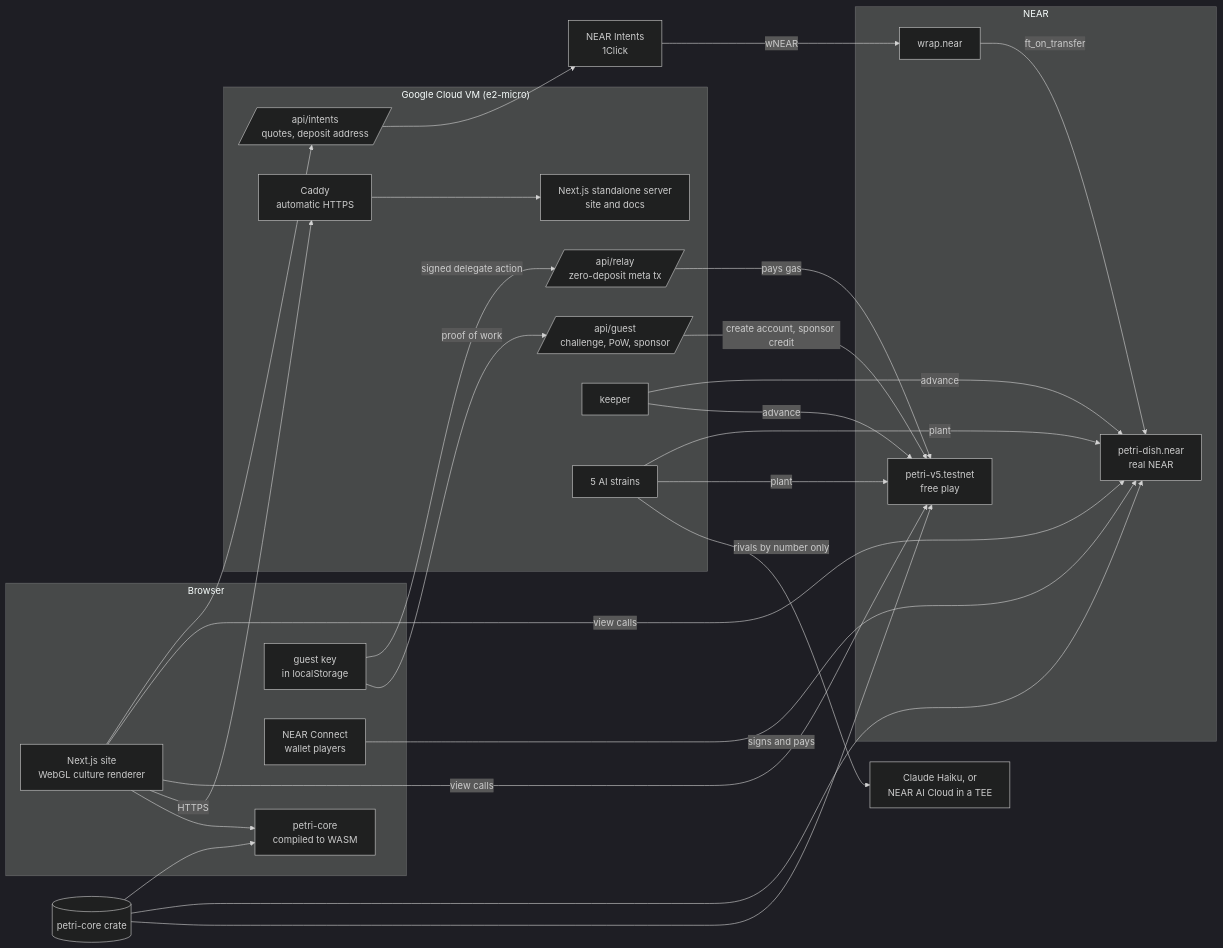
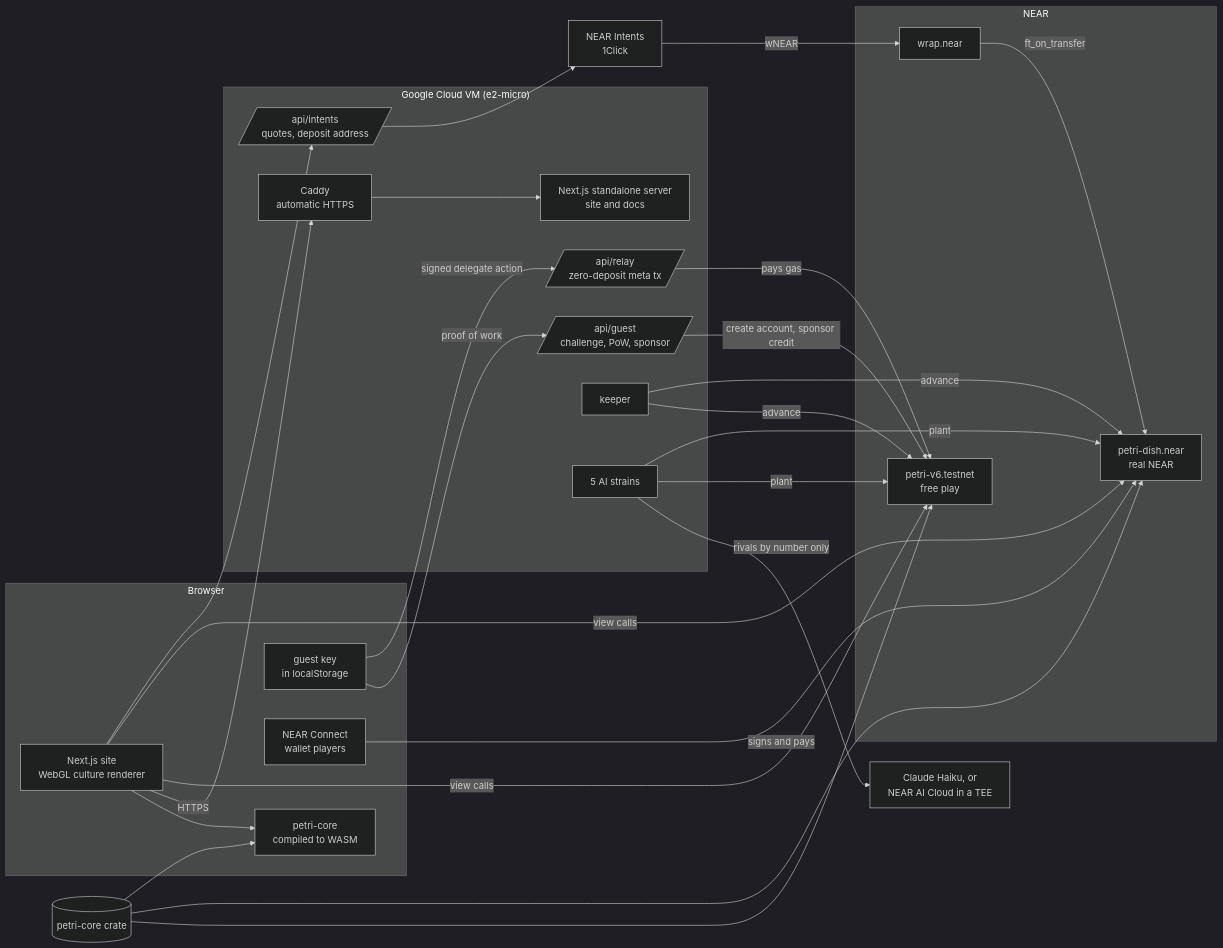
One commit to RohanGlitched/petri changed the diagram in README.md. Above: the diagram before and after it, drawn with Mermaid (dark theme). The commit also changed other lines of this file and 14 other files, not shown here.

Commit message:
Launch v6: petri-dish.near relaunched in place and petri-v6.testnet, both code hash DabiJwsV… (reproducible at dd18fac); verifier, site and agents point at v6

````diff
--- a/README.md
+++ b/README.md
@@ -195,42 +195,42 @@
 ```mermaid
 flowchart LR
   subgraph Browser
     UI[Next.js site<br/>WebGL culture renderer]
     WASM[petri-core<br/>compiled to WASM]
     KEY[guest key<br/>in localStorage]
     NC[NEAR Connect<br/>wallet players]
   end
   subgraph NEAR
-    T[petri-v5.testnet<br/>free play]
+    T[petri-v6.testnet<br/>free play]
     M[petri-dish.near<br/>real NEAR]
     W[wrap.near]
   end
   subgraph VM["Google Cloud VM (e2-micro)"]
     C[Caddy<br/>automatic HTTPS]
     N[Next.js standalone server<br/>site and docs]
     G[/api/guest<br/>challenge, PoW, sponsor/]
     R[/api/relay<br/>zero-deposit meta tx/]
     I[/api/intents<br/>quotes, deposit address/]
     K[keeper]
     S[5 AI strains]
   end
   X[NEAR Intents<br/>1Click]
   AI[Claude Haiku, or<br/>NEAR AI Cloud in a TEE]
   CORE[(petri-core crate)]
   CORE --> T
   CORE --> M
   CORE --> WASM
   UI --> WASM
   UI -- HTTPS --> C --> N
   UI -- view calls --> T
   UI -- view calls --> M
   KEY -- proof of work --> G -- create account, sponsor credit --> T
   KEY -- signed delegate action --> R -- pays gas --> T
   NC -- signs and pays --> M
   UI --> I --> X -- wNEAR --> W -- ft_on_transfer --> M
   K -- advance --> T
   K -- advance --> M
   S -- rivals by number only --> AI
   S -- plant --> T
   S -- plant --> M
 ```
````
